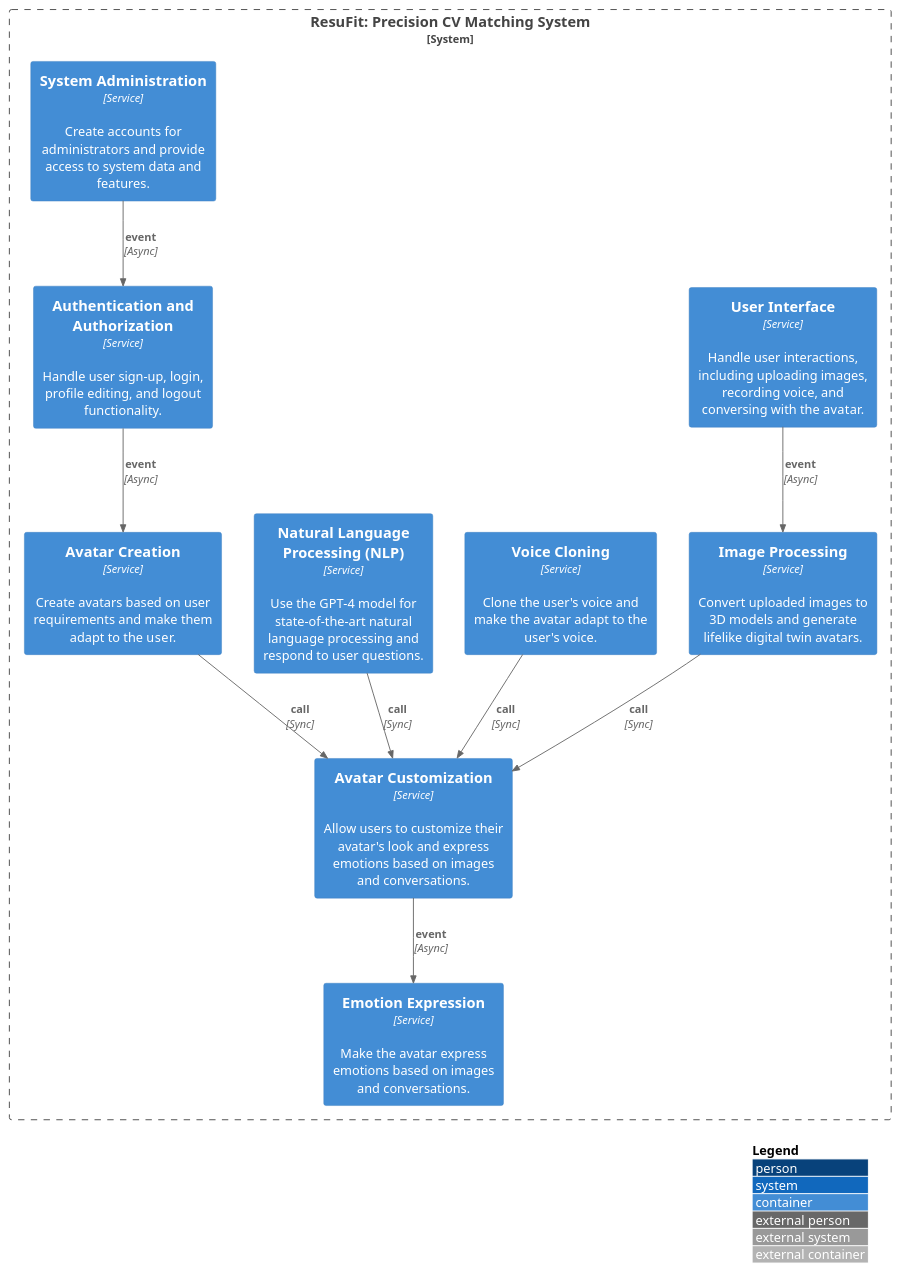
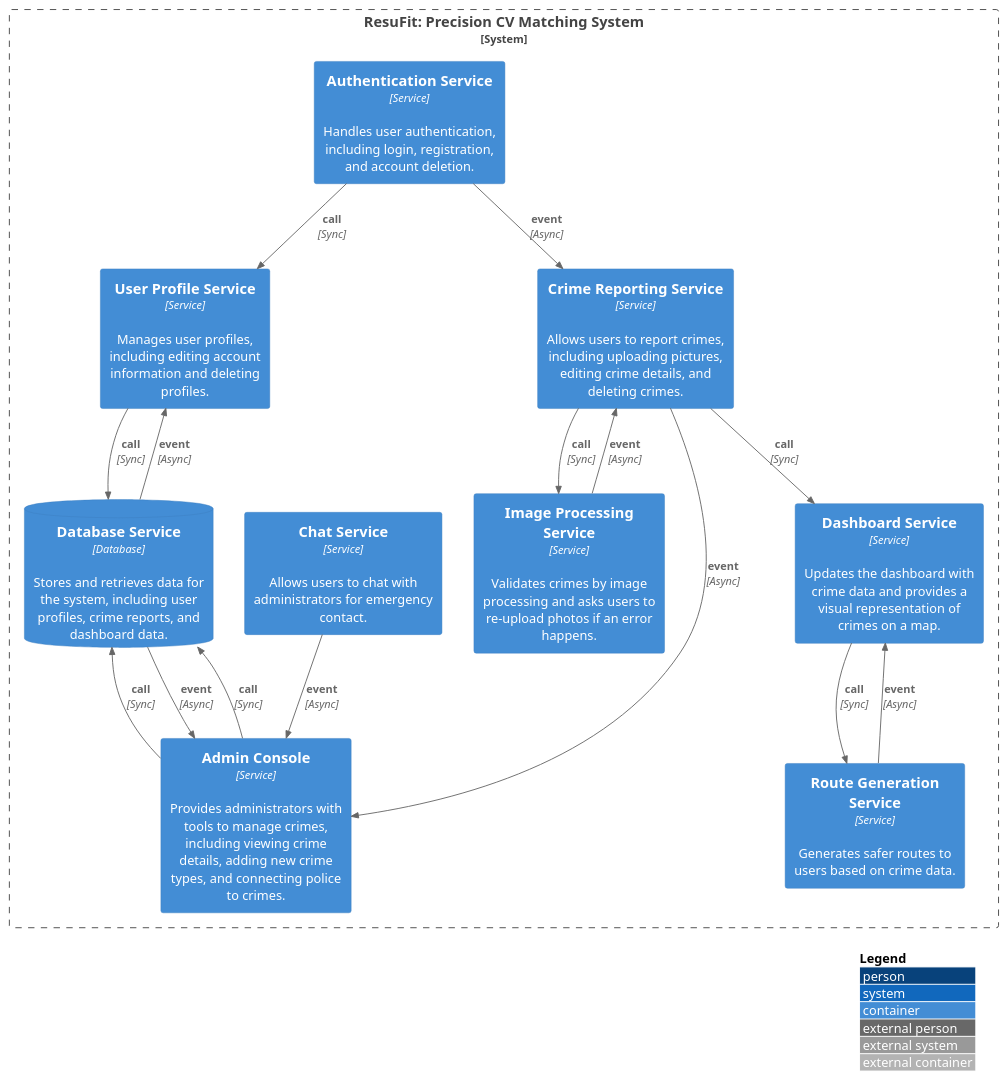
One commit to hanaAbdelwahab/GPARCHIMIND changed the diagram in data/outputs/architecture_c4.puml. Above: the diagram before and after it, drawn with PlantUML. The commit also changed 16 other files, not shown here.

```diff
--- a/data/outputs/architecture_c4.puml
+++ b/data/outputs/architecture_c4.puml
@@ -1,23 +1,29 @@
 @startuml
 !include https://raw.githubusercontent.com/plantuml-stdlib/C4-PlantUML/master/C4_Container.puml
 LAYOUT_WITH_LEGEND()
 System_Boundary(ResuFitPrecisionCVMatchingSystem, "ResuFit: Precision CV Matching System") {
-  Container(UserInterface, "User Interface", "Service", "Handle user interactions, including uploading images, recording voice, and conversing with the avatar.")
-  Container(ImageProcessing, "Image Processing", "Service", "Convert uploaded images to 3D models and generate lifelike digital twin avatars.")
-  Container(VoiceCloning, "Voice Cloning", "Service", "Clone the user's voice and make the avatar adapt to the user's voice.")
-  Container(AvatarCustomization, "Avatar Customization", "Service", "Allow users to customize their avatar's look and express emotions based on images and conversations.")
-  Container(NaturalLanguageProcessingNLP, "Natural Language Processing (NLP)", "Service", "Use the GPT-4 model for state-of-the-art natural language processing and respond to user questions.")
-  Container(AuthenticationandAuthorization, "Authentication and Authorization", "Service", "Handle user sign-up, login, profile editing, and logout functionality.")
-  Container(AvatarCreation, "Avatar Creation", "Service", "Create avatars based on user requirements and make them adapt to the user.")
-  Container(EmotionExpression, "Emotion Expression", "Service", "Make the avatar express emotions based on images and conversations.")
-  Container(SystemAdministration, "System Administration", "Service", "Create accounts for administrators and provide access to system data and features.")
+  Container(AuthenticationService, "Authentication Service", "Service", "Handles user authentication, including login, registration, and account deletion.")
+  Container(UserProfileService, "User Profile Service", "Service", "Manages user profiles, including editing account information and deleting profiles.")
+  Container(CrimeReportingService, "Crime Reporting Service", "Service", "Allows users to report crimes, including uploading pictures, editing crime details, and deleting crimes.")
+  Container(DashboardService, "Dashboard Service", "Service", "Updates the dashboard with crime data and provides a visual representation of crimes on a map.")
+  Container(AdminConsole, "Admin Console", "Service", "Provides administrators with tools to manage crimes, including viewing crime details, adding new crime types, and connecting police to crimes.")
+  Container(ImageProcessingService, "Image Processing Service", "Service", "Validates crimes by image processing and asks users to re-upload photos if an error happens.")
+  Container(RouteGenerationService, "Route Generation Service", "Service", "Generates safer routes to users based on crime data.")
+  Container(ChatService, "Chat Service", "Service", "Allows users to chat with administrators for emergency contact.")
+  ContainerDb(DatabaseService, "Database Service", "Database", "Stores and retrieves data for the system, including user profiles, crime reports, and dashboard data.")
 }
-Rel(UserInterface, ImageProcessing, "event", "Async")
-Rel(ImageProcessing, AvatarCustomization, "call", "Sync")
-Rel(VoiceCloning, AvatarCustomization, "call", "Sync")
-Rel(AvatarCustomization, EmotionExpression, "event", "Async")
-Rel(NaturalLanguageProcessingNLP, AvatarCustomization, "call", "Sync")
-Rel(AvatarCreation, AvatarCustomization, "call", "Sync")
-Rel(AuthenticationandAuthorization, AvatarCreation, "event", "Async")
-Rel(SystemAdministration, AuthenticationandAuthorization, "event", "Async")
+Rel(AuthenticationService, UserProfileService, "call", "Sync")
+Rel(AuthenticationService, CrimeReportingService, "event", "Async")
+Rel(CrimeReportingService, ImageProcessingService, "call", "Sync")
+Rel(ImageProcessingService, CrimeReportingService, "event", "Async")
+Rel(CrimeReportingService, DashboardService, "call", "Sync")
+Rel(DashboardService, RouteGenerationService, "call", "Sync")
+Rel(RouteGenerationService, DashboardService, "event", "Async")
+Rel(CrimeReportingService, AdminConsole, "event", "Async")
+Rel(AdminConsole, DatabaseService, "call", "Sync")
+Rel(DatabaseService, AdminConsole, "event", "Async")
+Rel(ChatService, AdminConsole, "event", "Async")
+Rel(AdminConsole, DatabaseService, "call", "Sync")
+Rel(UserProfileService, DatabaseService, "call", "Sync")
+Rel(DatabaseService, UserProfileService, "event", "Async")
 @enduml
```
